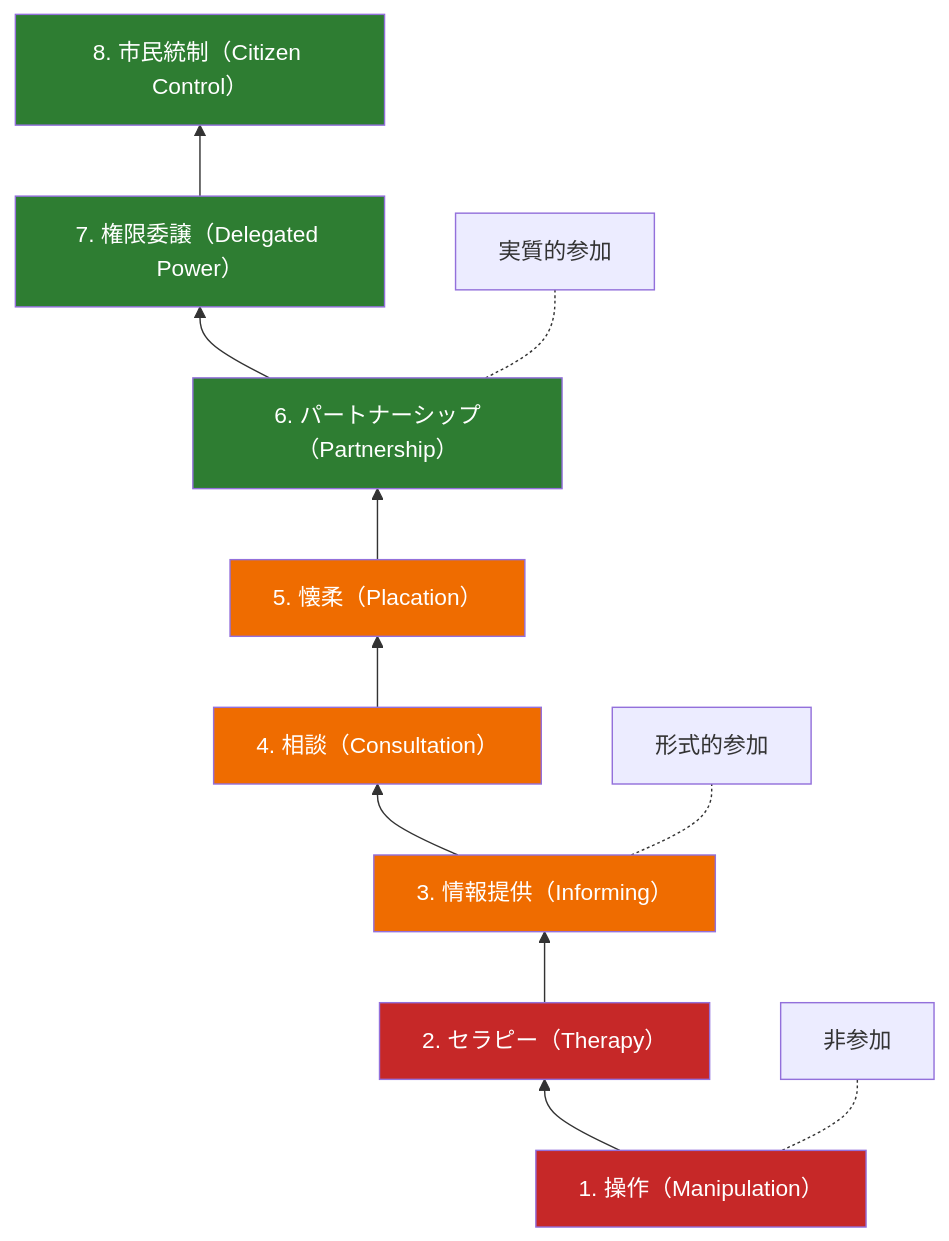
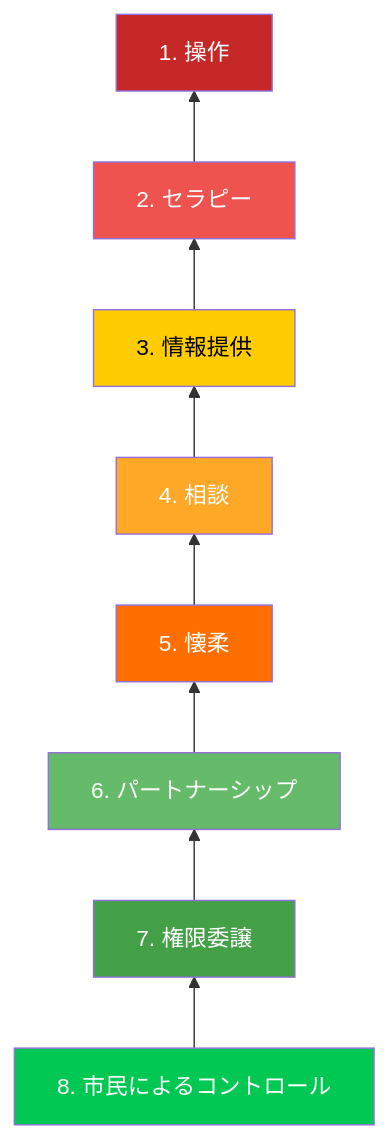
One commit to Hide-nu/Designer-curriculum changed the second of 4 diagrams in docs/books/03-social-transformation/ch03-participatory-design.md. Above: the diagram before and after it, drawn with Mermaid. The commit also changed other lines of this file and 13 other files, not shown here.

````diff
--- a/docs/books/03-social-transformation/ch03-participatory-design.md
+++ b/docs/books/03-social-transformation/ch03-participatory-design.md
@@ -80,23 +59,19 @@
 ```mermaid
 graph BT
-    A["1. 操作（Manipulation）"] --> B["2. セラピー（Therapy）"]
-    B --> C["3. 情報提供（Informing）"]
-    C --> D["4. 相談（Consultation）"]
-    D --> E["5. 懐柔（Placation）"]
-    E --> F["6. パートナーシップ（Partnership）"]
-    F --> G["7. 権限委譲（Delegated Power）"]
-    G --> H["8. 市民統制（Citizen Control）"]
+    H[8. 市民によるコントロール] --> G[7. 権限委譲]
+    G --> F[6. パートナーシップ]
+    F --> E[5. 懐柔]
+    E --> D[4. 相談]
+    D --> C[3. 情報提供]
+    C --> B[2. セラピー]
+    B --> A[1. 操作]
 
-    A -.- I["非参加"]
-    C -.- J["形式的参加"]
-    F -.- K["実質的参加"]
-
+    style H fill:#00c853,color:#fff
+    style G fill:#43a047,color:#fff
+    style F fill:#66bb6a,color:#fff
+    style E fill:#ff6f00,color:#fff
+    style D fill:#ffa726,color:#fff
+    style C fill:#ffcc02,color:#000
+    style B fill:#ef5350,color:#fff
     style A fill:#c62828,color:#fff
-    style B fill:#c62828,color:#fff
-    style C fill:#ef6c00,color:#fff
-    style D fill:#ef6c00,color:#fff
-    style E fill:#ef6c00,color:#fff
-    style F fill:#2e7d32,color:#fff
-    style G fill:#2e7d32,color:#fff
-    style H fill:#2e7d32,color:#fff
 ```
````
